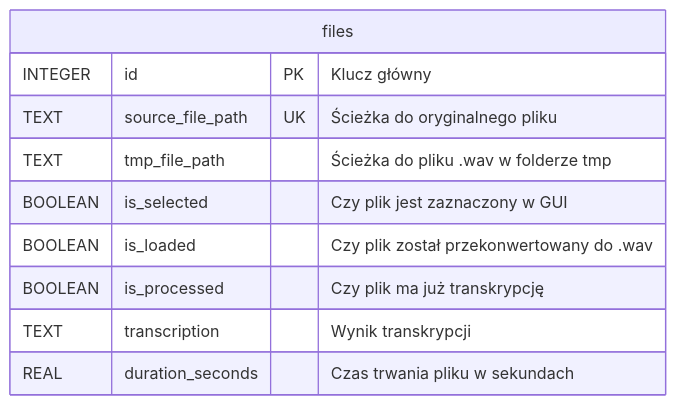
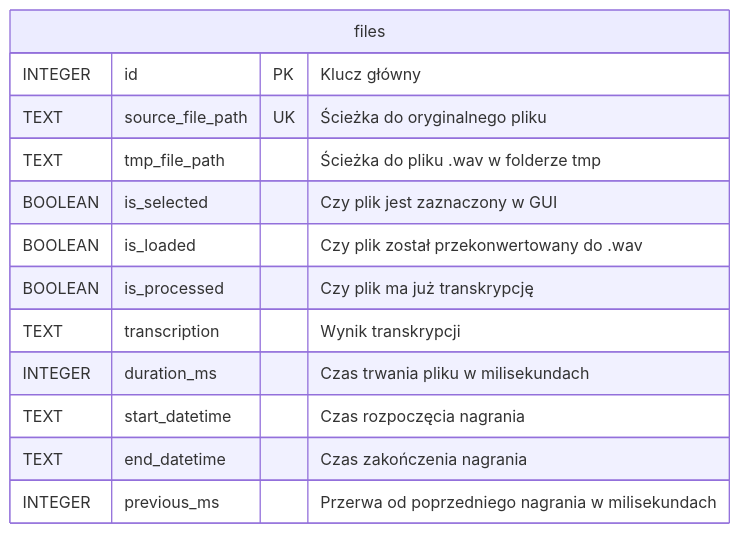
The first of 3 diagrams in README.md (chrisonoo/voice-note), drawn with Mermaid before and after one commit. The commit also changed 1 other file, not shown here.

First paragraph of the commit message:
feat: Add metadata processing, refactor duration, and fix GUI bug
This commit introduces a feature to process and display metadata for audio files, refactors how file durations are stored, and fixes a critical bug in the GUI.

````diff
--- a/README.md
+++ b/README.md
@@ -107,13 +107,16 @@
 ```mermaid
 erDiagram
     files {
         INTEGER id PK "Klucz główny"
         TEXT source_file_path UK "Ścieżka do oryginalnego pliku"
         TEXT tmp_file_path "Ścieżka do pliku .wav w folderze tmp"
         BOOLEAN is_selected "Czy plik jest zaznaczony w GUI"
         BOOLEAN is_loaded "Czy plik został przekonwertowany do .wav"
         BOOLEAN is_processed "Czy plik ma już transkrypcję"
         TEXT transcription "Wynik transkrypcji"
-        REAL duration_seconds "Czas trwania pliku w sekundach"
+        INTEGER duration_ms "Czas trwania pliku w milisekundach"
+        TEXT start_datetime "Czas rozpoczęcia nagrania"
+        TEXT end_datetime "Czas zakończenia nagrania"
+        INTEGER previous_ms "Przerwa od poprzedniego nagrania w milisekundach"
     }
 ```
````
